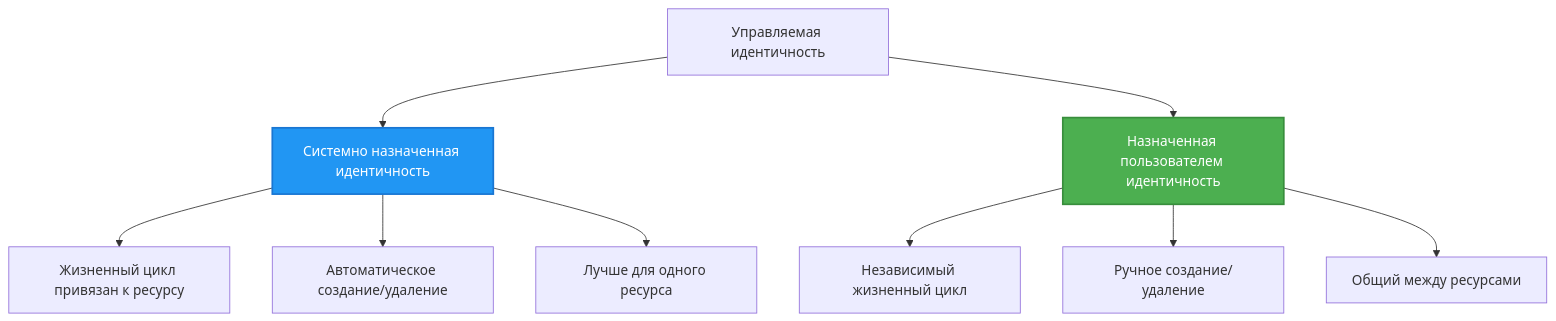
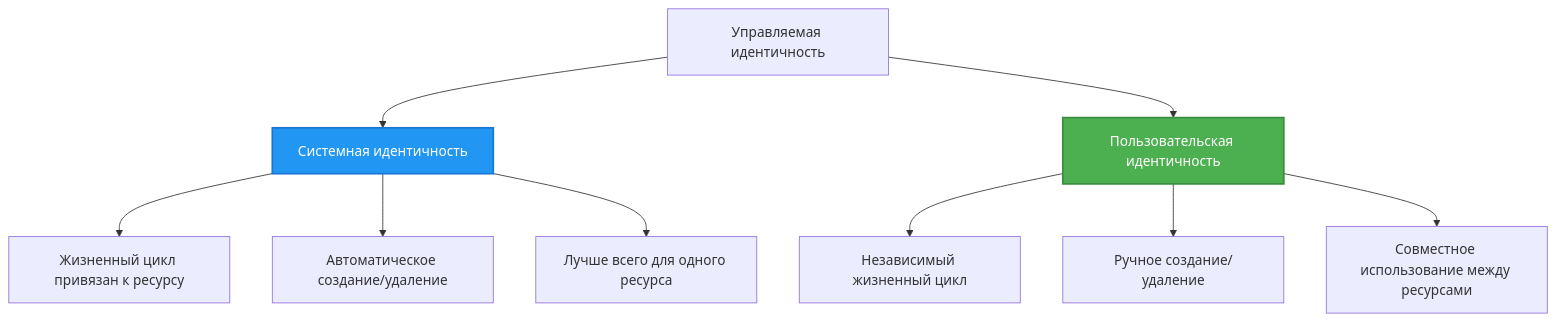
Before and after one commit to microsoft/AZD-for-beginners: the second of 2 diagrams in translations/ru/docs/chapter-03-configuration/authsecurity.md, drawn with Mermaid. The commit also changed other lines of this file and 101 other files, not shown here.

````diff
--- a/translations/ru/docs/chapter-03-configuration/authsecurity.md
+++ b/translations/ru/docs/chapter-03-configuration/authsecurity.md
@@ -97,20 +97,20 @@
 ```mermaid
 graph TB
     MI[Управляемая идентичность]
-    SystemAssigned[Системно назначенная идентичность]
-    UserAssigned[Назначенная пользователем идентичность]
+    SystemAssigned[Системная идентичность]
+    UserAssigned[Пользовательская идентичность]
     
     MI --> SystemAssigned
     MI --> UserAssigned
     
     SystemAssigned --> SA1[Жизненный цикл привязан к ресурсу]
     SystemAssigned --> SA2[Автоматическое создание/удаление]
-    SystemAssigned --> SA3[Лучше для одного ресурса]
+    SystemAssigned --> SA3[Лучше всего для одного ресурса]
     
     UserAssigned --> UA1[Независимый жизненный цикл]
     UserAssigned --> UA2[Ручное создание/удаление]
-    UserAssigned --> UA3[Общий между ресурсами]
+    UserAssigned --> UA3[Совместное использование между ресурсами]
     
     style SystemAssigned fill:#2196F3,stroke:#1976D2,stroke-width:2px,color:#fff
     style UserAssigned fill:#4CAF50,stroke:#388E3C,stroke-width:2px,color:#fff
 ```
````
